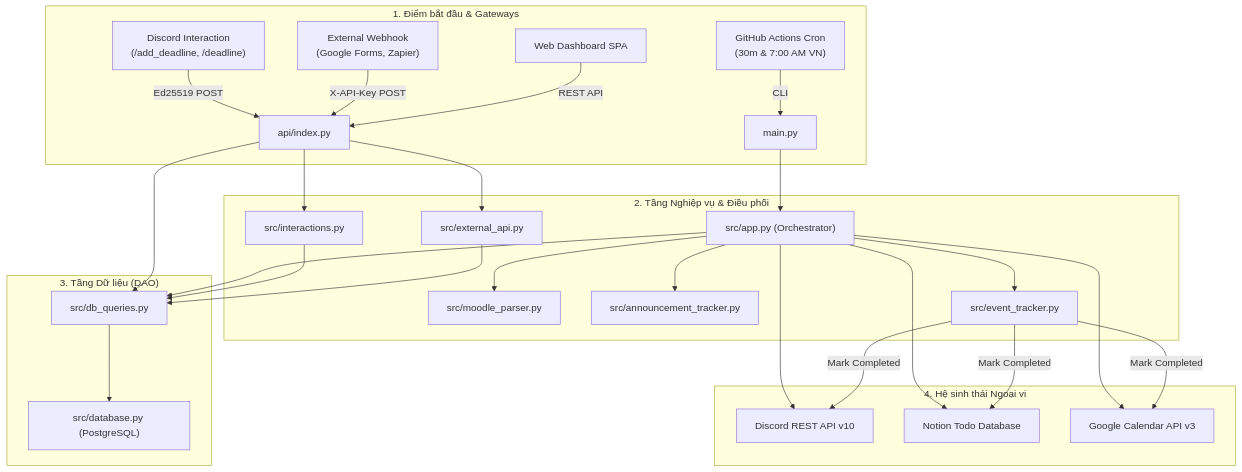
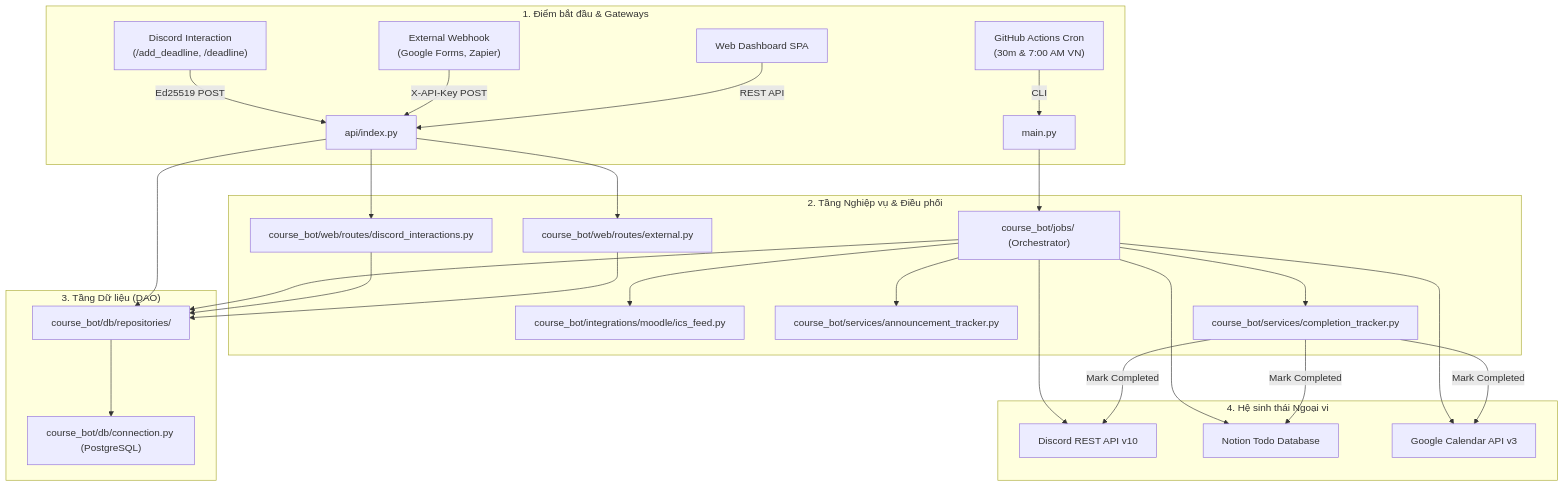
One commit to ZzIsSs/course_fit_bot changed the diagram in docs/context-pack/FULL_REPOSITORY_CONTEXT_PACK.md. Above: the diagram before and after it, drawn with Mermaid. The commit also changed other lines of this file and 14 other files, not shown here.

````diff
--- a/docs/context-pack/FULL_REPOSITORY_CONTEXT_PACK.md
+++ b/docs/context-pack/FULL_REPOSITORY_CONTEXT_PACK.md
@@ -119,35 +116,35 @@
 ```mermaid
 flowchart TD
     subgraph INGESTION["1. Điểm bắt đầu & Gateways"]
         GHA["GitHub Actions Cron<br/>(30m & 7:00 AM VN)"] -->|CLI| Main["main.py"]
         DiscordWH["Discord Interaction<br/>(/add_deadline, /deadline)"] -->|Ed25519 POST| VercelAPI["api/index.py"]
         ExtHook["External Webhook<br/>(Google Forms, Zapier)"] -->|X-API-Key POST| VercelAPI
         WebUI["Web Dashboard SPA"] -->|REST API| VercelAPI
     end
 
     subgraph LOGIC["2. Tầng Nghiệp vụ & Điều phối"]
-        Main --> App["src/app.py (Orchestrator)"]
-        VercelAPI --> InterLogic["src/interactions.py"]
-        VercelAPI --> ExtLogic["src/external_api.py"]
-        App --> MoodleParser["src/moodle_parser.py"]
-        App --> MoodleTracker["src/announcement_tracker.py"]
-        App --> EventTracker["src/event_tracker.py"]
+        Main --> App["course_bot/jobs/ (Orchestrator)"]
+        VercelAPI --> InterLogic["course_bot/web/routes/discord_interactions.py"]
+        VercelAPI --> ExtLogic["course_bot/web/routes/external.py"]
+        App --> MoodleParser["course_bot/integrations/moodle/ics_feed.py"]
+        App --> MoodleTracker["course_bot/services/announcement_tracker.py"]
+        App --> EventTracker["course_bot/services/completion_tracker.py"]
     end
 
     subgraph PERSISTENCE["3. Tầng Dữ liệu (DAO)"]
-        App --> DAO["src/db_queries.py"]
+        App --> DAO["course_bot/db/repositories/"]
         InterLogic --> DAO
         ExtLogic --> DAO
         VercelAPI --> DAO
-        DAO --> DB["src/database.py (PostgreSQL)"]
+        DAO --> DB["course_bot/db/connection.py (PostgreSQL)"]
     end
 
     subgraph TARGETS["4. Hệ sinh thái Ngoại vi"]
         App --> Discord["Discord REST API v10"]
         App --> Notion["Notion Todo Database"]
         App --> GCal["Google Calendar API v3"]
         EventTracker -->|Mark Completed| Discord
         EventTracker -->|Mark Completed| Notion
         EventTracker -->|Mark Completed| GCal
     end
 ```
````
